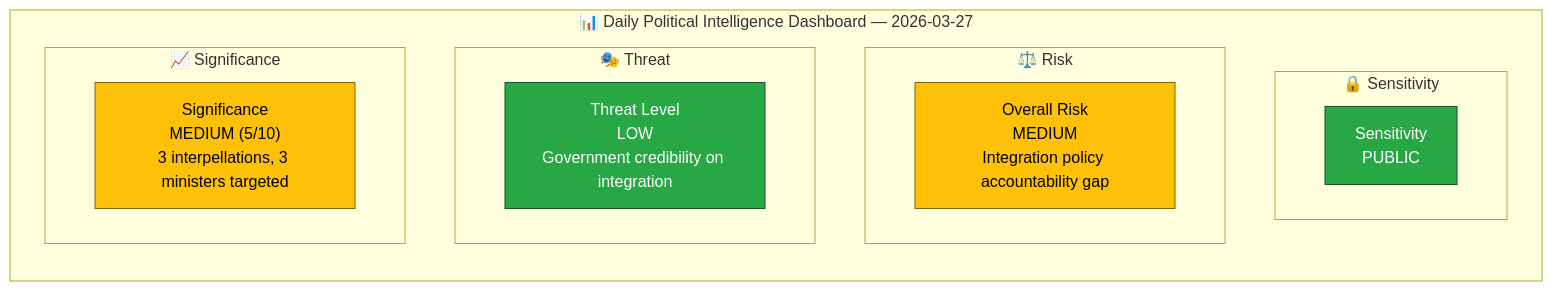
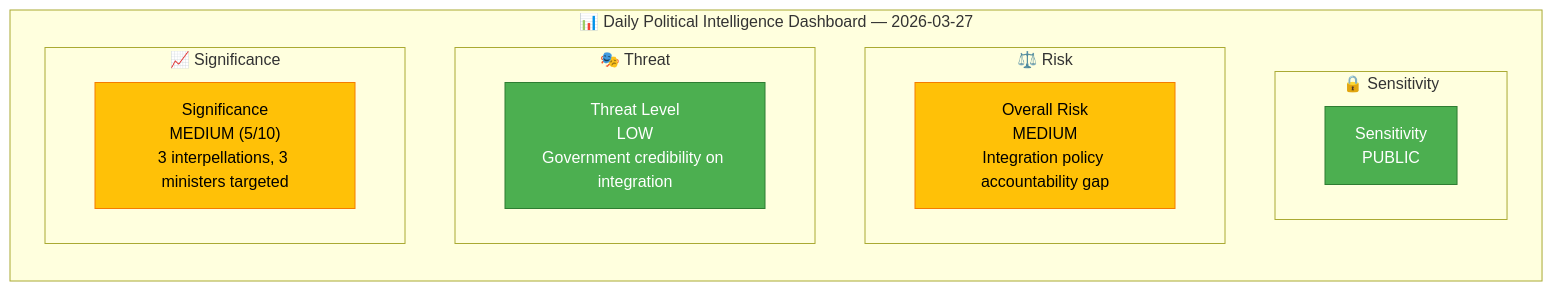
The first of 2 diagrams in analysis/daily/2026-03-27/interpellations/synthesis-summary.md (Hack23/riksdagsmonitor), drawn with Mermaid before and after one commit. The commit also changed other lines of this file and 785 other files, not shown here.

First line of the commit message:
Normalize mermaid colors across 786 analysis artifacts to ISMS Style Guide palette

````diff
--- a/analysis/daily/2026-03-27/interpellations/synthesis-summary.md
+++ b/analysis/daily/2026-03-27/interpellations/synthesis-summary.md
@@ -19,22 +19,22 @@
 ```mermaid
 graph TD
     subgraph "📊 Daily Political Intelligence Dashboard — 2026-03-27"
         direction TB
         subgraph "🔒 Sensitivity"
             CLS["Sensitivity<br/>PUBLIC"]
-            style CLS fill:#28a745,color:#fff,stroke:#155724
+            style CLS fill:#4CAF50,color:#FFFFFF,stroke:#2E7D32
         end
         subgraph "⚖️ Risk"
             RSK["Overall Risk<br/>MEDIUM<br/>Integration policy accountability gap"]
-            style RSK fill:#ffc107,color:#000,stroke:#856404
+            style RSK fill:#FFC107,color:#000000,stroke:#F57C00
         end
         subgraph "🎭 Threat"
             THR["Threat Level<br/>LOW<br/>Government credibility on integration"]
-            style THR fill:#28a745,color:#fff,stroke:#155724
+            style THR fill:#4CAF50,color:#FFFFFF,stroke:#2E7D32
         end
         subgraph "📈 Significance"
             SIG["Significance<br/>MEDIUM (5/10)<br/>3 interpellations, 3 ministers targeted"]
-            style SIG fill:#ffc107,color:#000,stroke:#856404
+            style SIG fill:#FFC107,color:#000000,stroke:#F57C00
         end
     end
 ```
````
